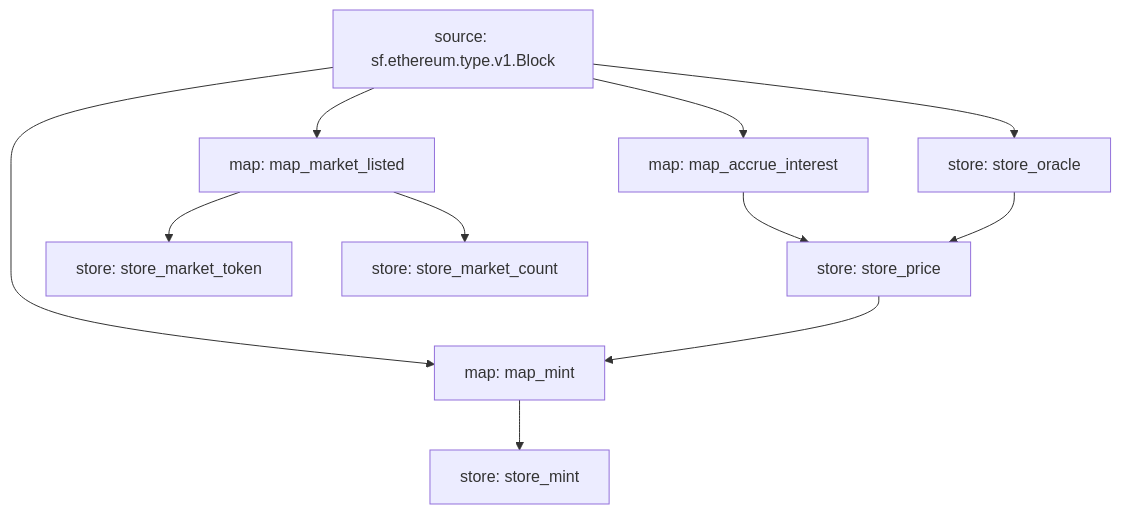
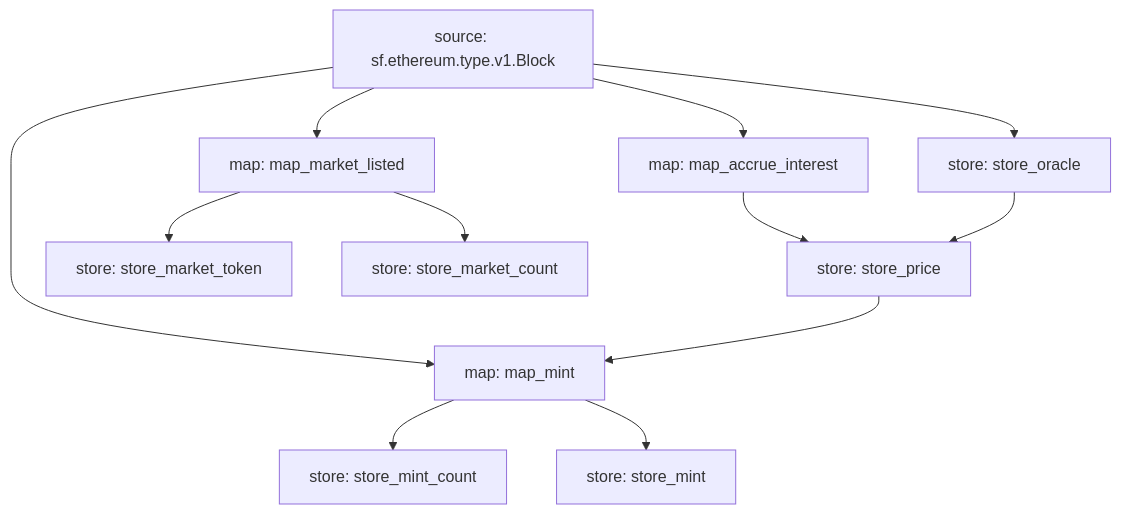
Before and after one commit to 0xbe1/compoundv2-substreams: the diagram in README.md, drawn with Mermaid. The commit also changed 4 other files, not shown here.

Commit message:
add store_mint_count

````diff
--- a/README.md
+++ b/README.md
@@ -7,21 +7,23 @@
 ```mermaid
 graph TD;
   map_accrue_interest[map: map_accrue_interest]
   sf.ethereum.type.v1.Block[source: sf.ethereum.type.v1.Block] --> map_accrue_interest
   map_mint[map: map_mint]
   sf.ethereum.type.v1.Block[source: sf.ethereum.type.v1.Block] --> map_mint
   store_price --> map_mint
   map_market_listed[map: map_market_listed]
   sf.ethereum.type.v1.Block[source: sf.ethereum.type.v1.Block] --> map_market_listed
   store_market_token[store: store_market_token]
   map_market_listed --> store_market_token
   store_market_count[store: store_market_count]
   map_market_listed --> store_market_count
+  store_mint_count[store: store_mint_count]
+  map_mint --> store_mint_count
   store_oracle[store: store_oracle]
   sf.ethereum.type.v1.Block[source: sf.ethereum.type.v1.Block] --> store_oracle
   store_price[store: store_price]
   map_accrue_interest --> store_price
   store_oracle --> store_price
   store_mint[store: store_mint]
   map_mint --> store_mint
 ```
````
